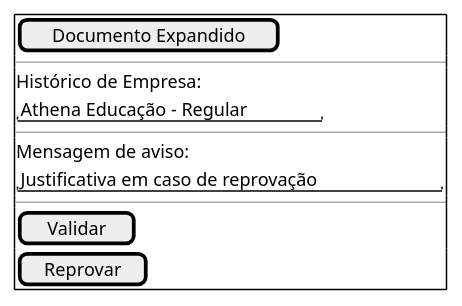
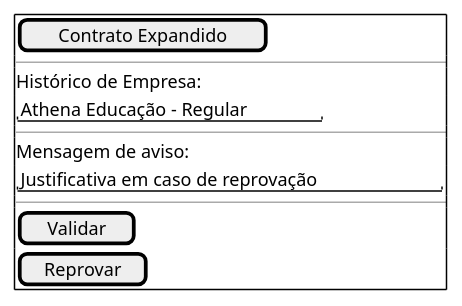
One commit to Projetos-de-Extensao/PBE_26.1_8002_III changed the diagram in docs/assets/Diagramas/src/avaliacao_secretaria.puml. Above: the diagram before and after it, drawn with PlantUML. The commit also changed 4 other files, not shown here.

```diff
--- a/docs/assets/Diagramas/src/avaliacao_secretaria.puml
+++ b/docs/assets/Diagramas/src/avaliacao_secretaria.puml
@@ -1,14 +1,14 @@
 @startsalt
 {+
-  [ Documento Expandido ]
+  [ Contrato Expandido ]
   --
   Histórico de Empresa: 
   "Athena Educação - Regular"
   --
   Mensagem de aviso:
   "Justificativa em caso de reprovação"
   --
   [ Validar ] 
   [ Reprovar ]
 }
 @endsalt
```
